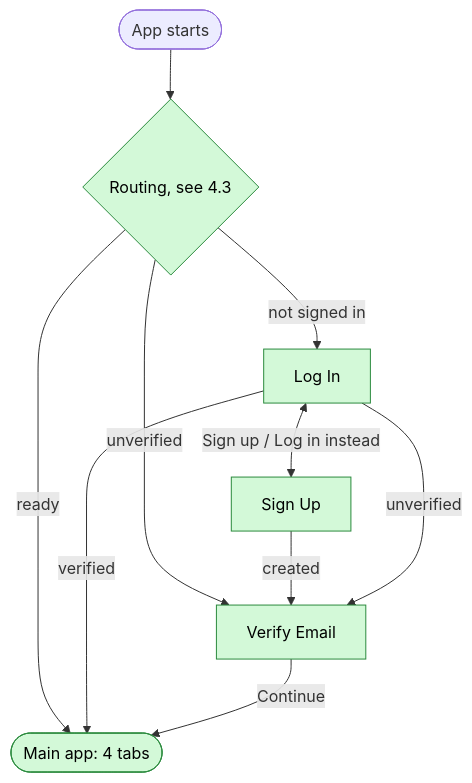
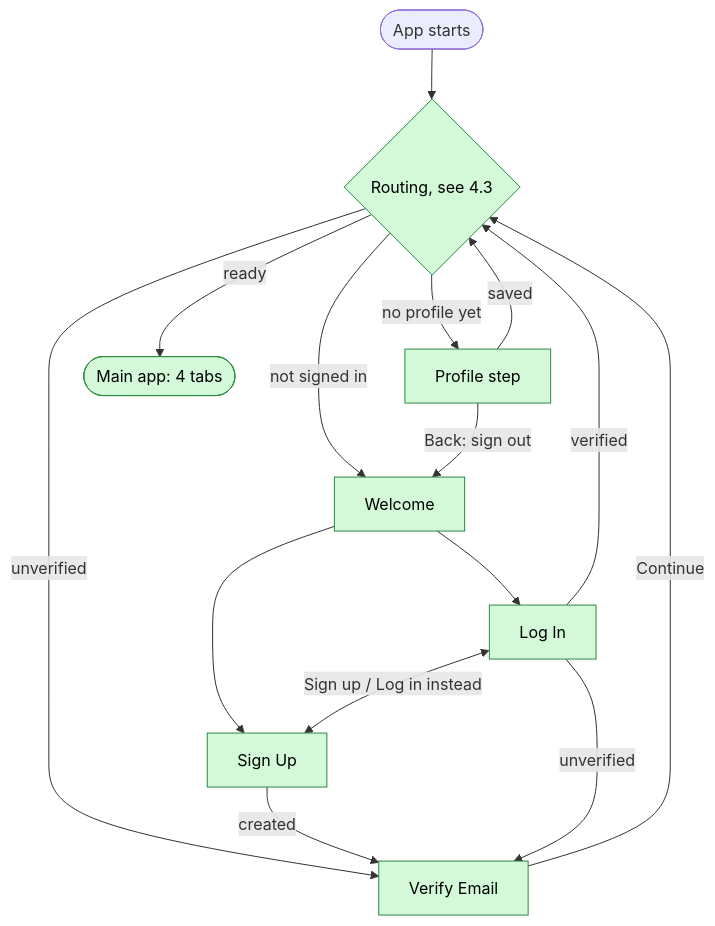
One commit to swent-polysocial/PolySocial changed the first of 11 diagrams in docs/Architecture-Diagram.md. Above: the diagram before and after it, drawn with Mermaid. The commit also changed other lines of this file and 1 other file, not shown here.

Commit message:
docs: record the auth navigation in CONTEXT.md
Record how #74 wires the auth screens: the signed-out back stack,
Back on the profile step signing out, the one logOut() path, and the
trap that sign-out must reset what outlives the screen. Update the
Architecture Diagram's signing-in map and app-start routing to match.

Refs #74

````diff
--- a/docs/Architecture-Diagram.md
+++ b/docs/Architecture-Diagram.md
@@ -49,13 +49,18 @@
 ```mermaid
 flowchart TB
   classDef s1 fill:#d3f9d8,stroke:#2b8a3e,color:#000
   start(["App starts"]) --> gate{"Routing, see 4.3"}:::s1
-  gate -- "not signed in" --> login["Log In"]:::s1
+  gate -- "not signed in" --> welcome["Welcome"]:::s1
+  welcome --> signup["Sign Up"]:::s1
+  welcome --> login["Log In"]:::s1
+  login <-- "Sign up / Log in instead" --> signup
   gate -- "unverified" --> verify["Verify Email"]:::s1
-  login <-- "Sign up / Log in instead" --> signup["Sign Up"]:::s1
   signup -- "created" --> verify
   login -- "unverified" --> verify
+  login -- "verified" --> gate
+  verify -- "Continue" --> gate
+  gate -- "no profile yet" --> profile["Profile step"]:::s1
+  profile -- "saved" --> gate
+  profile -- "Back: sign out" --> welcome
   gate -- "ready" --> main(["Main app: 4 tabs"]):::s1
-  login -- "verified" --> main
-  verify -- "Continue" --> main
 ```
````
